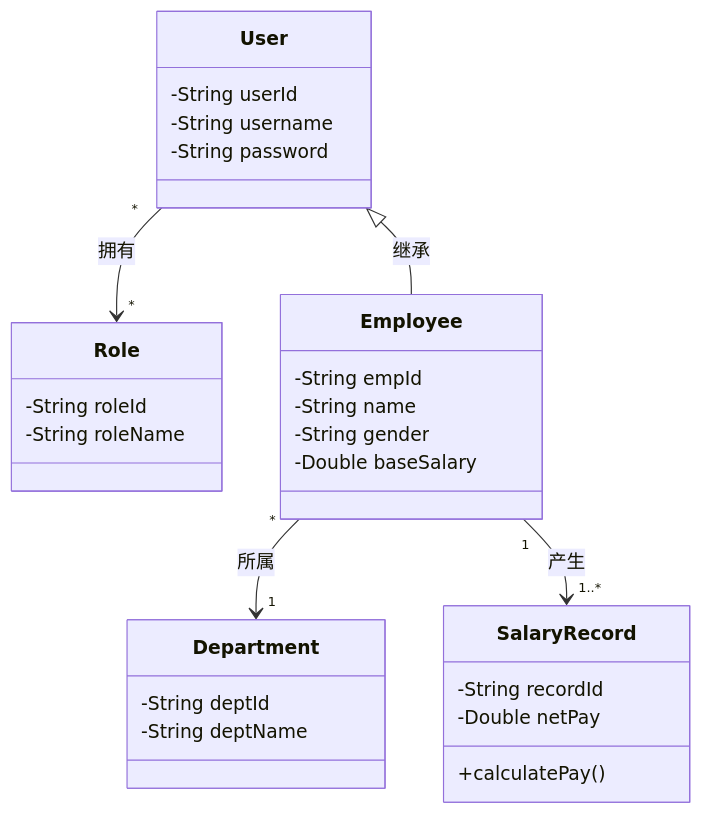
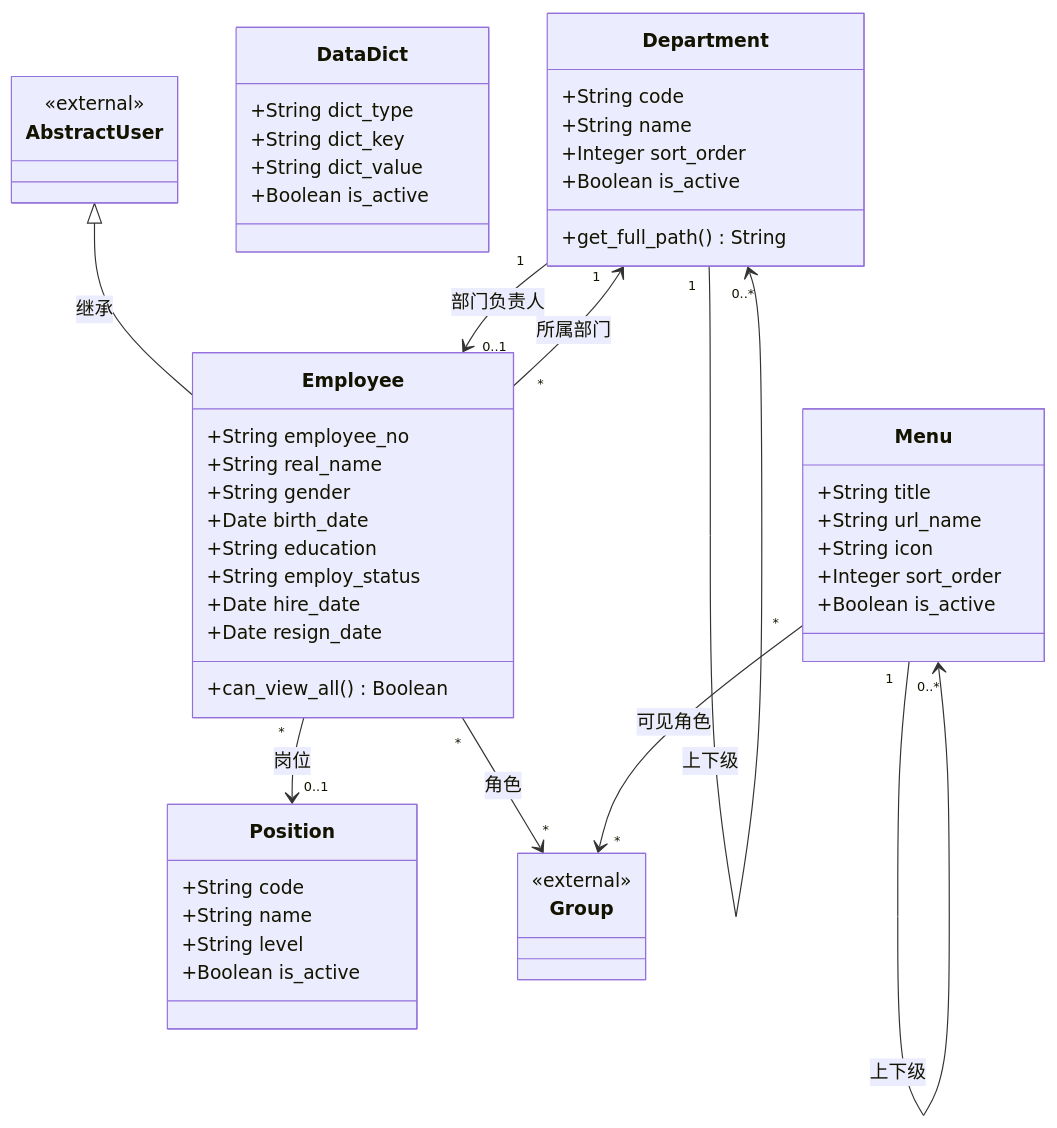
Before and after one commit to C-wayen/hrms: the second of 15 diagrams in code_artifact.md, drawn with Mermaid. The commit also changed other lines of this file and 2 other files, not shown here.

Commit message:
docs: 增加UML图相关内容，规范格式

````diff
--- a/code_artifact.md
+++ b/code_artifact.md
@@ -272,32 +364,55 @@
 ```mermaid
 classDiagram
-    class User {
-        -String userId
-        -String username
-        -String password
+    class Department {
+        +String code
+        +String name
+        +Integer sort_order
+        +Boolean is_active
+        +get_full_path() String
     }
-    class Role {
-        -String roleId
-        -String roleName
+    class Position {
+        +String code
+        +String name
+        +String level
+        +Boolean is_active
+    }
+    class DataDict {
+        +String dict_type
+        +String dict_key
+        +String dict_value
+        +Boolean is_active
+    }
+    class Menu {
+        +String title
+        +String url_name
+        +String icon
+        +Integer sort_order
+        +Boolean is_active
     }
     class Employee {
-        -String empId
-        -String name
-        -String gender
-        -Double baseSalary
+        +String employee_no
+        +String real_name
+        +String gender
+        +Date birth_date
+        +String education
+        +String employ_status
+        +Date hire_date
+        +Date resign_date
+        +can_view_all() Boolean
     }
-    class Department {
-        -String deptId
-        -String deptName
+    class AbstractUser {
+        <<external>>
     }
-    class SalaryRecord {
-        -String recordId
-        -Double netPay
-        +calculatePay()
+    class Group {
+        <<external>>
     }
 
-    User "*" --> "*" Role : 拥有
-    User <|-- Employee : 继承
-    Employee "*" --> "1" Department : 所属
-    Employee "1" --> "1..*" SalaryRecord : 产生
+    AbstractUser <|-- Employee : 继承
+    Department "1" --> "0..*" Department : 上下级
+    Department "1" --> "0..1" Employee : 部门负责人
+    Employee "*" --> "1" Department : 所属部门
+    Employee "*" --> "0..1" Position : 岗位
+    Employee "*" --> "*" Group : 角色
+    Menu "1" --> "0..*" Menu : 上下级
+    Menu "*" --> "*" Group : 可见角色
 ```
````
